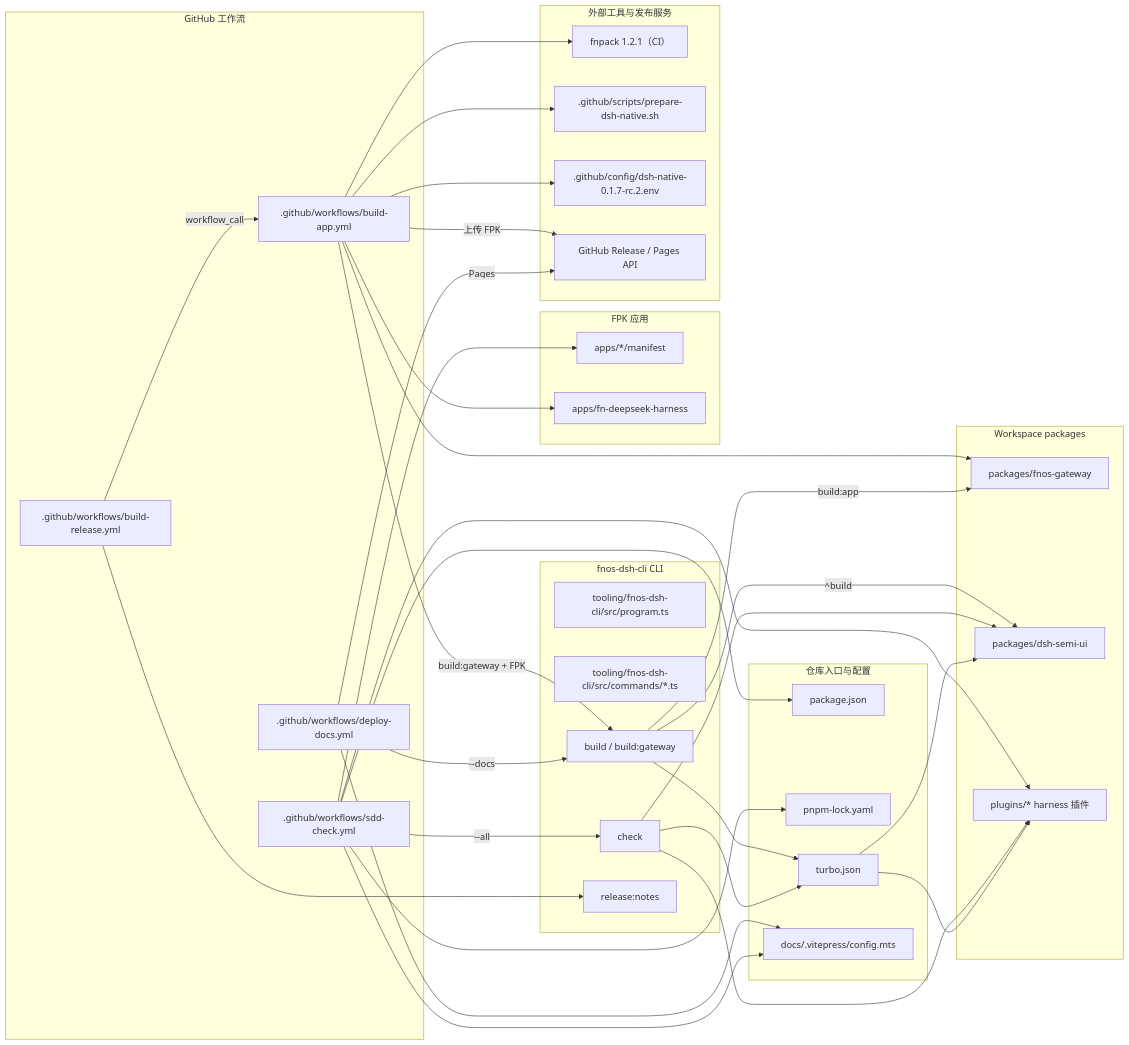
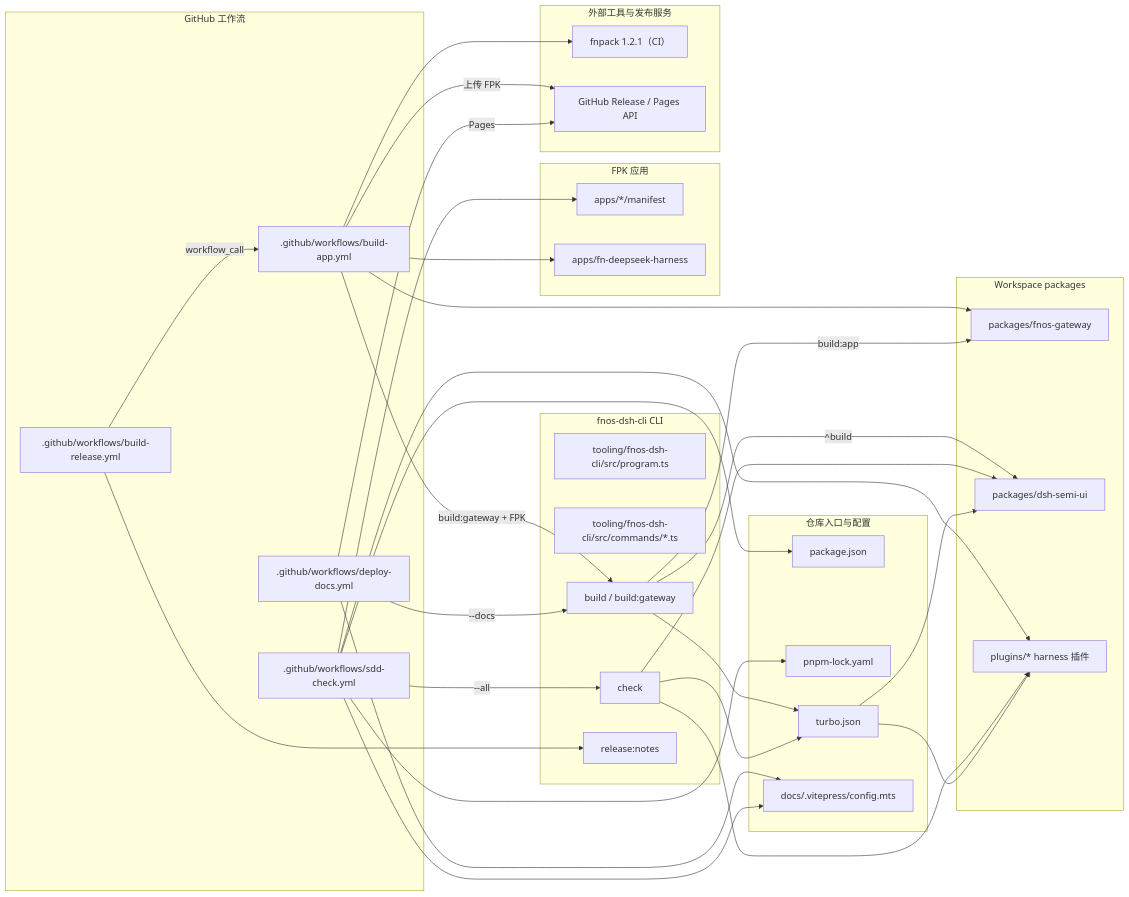
Before and after one commit to FNOSP/fnos-dsh: the fourth of 4 diagrams in docs/development/github-workflows.md, drawn with Mermaid. The commit also changed other lines of this file and 16 other files, not shown here.

````diff
--- a/docs/development/github-workflows.md
+++ b/docs/development/github-workflows.md
@@ -126,70 +118,66 @@
 ```mermaid
 flowchart LR
   subgraph workflows["GitHub 工作流"]
     release[".github/workflows/build-release.yml"]
     dsh[".github/workflows/build-app.yml"]
     docs[".github/workflows/deploy-docs.yml"]
     sdd[".github/workflows/sdd-check.yml"]
   end
 
   subgraph repo["仓库入口与配置"]
     rootPackage["package.json"]
     lockfile["pnpm-lock.yaml"]
     turbo["turbo.json"]
     docsConfig["docs/.vitepress/config.mts"]
   end
 
   subgraph cli["fnos-dsh-cli CLI"]
     program["tooling/fnos-dsh-cli/src/program.ts"]
     commands["tooling/fnos-dsh-cli/src/commands/*.ts"]
     build["build / build:gateway"]
     check["check"]
     releaseNotes["release:notes"]
   end
 
   subgraph packages["Workspace packages"]
     gateway["packages/fnos-gateway"]
     sharedUi["packages/dsh-semi-ui"]
     harnessPlugins["plugins/* harness 插件"]
   end
 
   subgraph apps["FPK 应用"]
     manifests["apps/*/manifest"]
     harnessApp["apps/fn-deepseek-harness"]
   end
 
   subgraph tools["外部工具与发布服务"]
     fnpack["fnpack 1.2.1（CI）"]
-    native[".github/scripts/prepare-dsh-native.sh"]
-    nativeConfig[".github/config/dsh-native-0.1.7-rc.2.env"]
     github["GitHub Release / Pages API"]
   end
 
   release -->|workflow_call| dsh
   release --> releaseNotes
   dsh -->|build:gateway + FPK| build
   dsh --> gateway
-  dsh --> native
-  dsh --> nativeConfig
   dsh --> harnessApp
   dsh --> fnpack
   dsh -->|上传 FPK| github
   docs -->|--docs| build
   docs --> docsConfig
   docs -->|Pages| github
   sdd -->|--all| check
   sdd --> docsConfig
   sdd --> rootPackage
   sdd --> lockfile
   sdd --> harnessPlugins
   sdd --> manifests
 
   build --> turbo
   build -->|^build| sharedUi
   build -->|build:app| gateway
   check --> turbo
   check --> sharedUi
   check --> harnessPlugins
   turbo --> sharedUi
   turbo --> harnessPlugins
 ```
````
